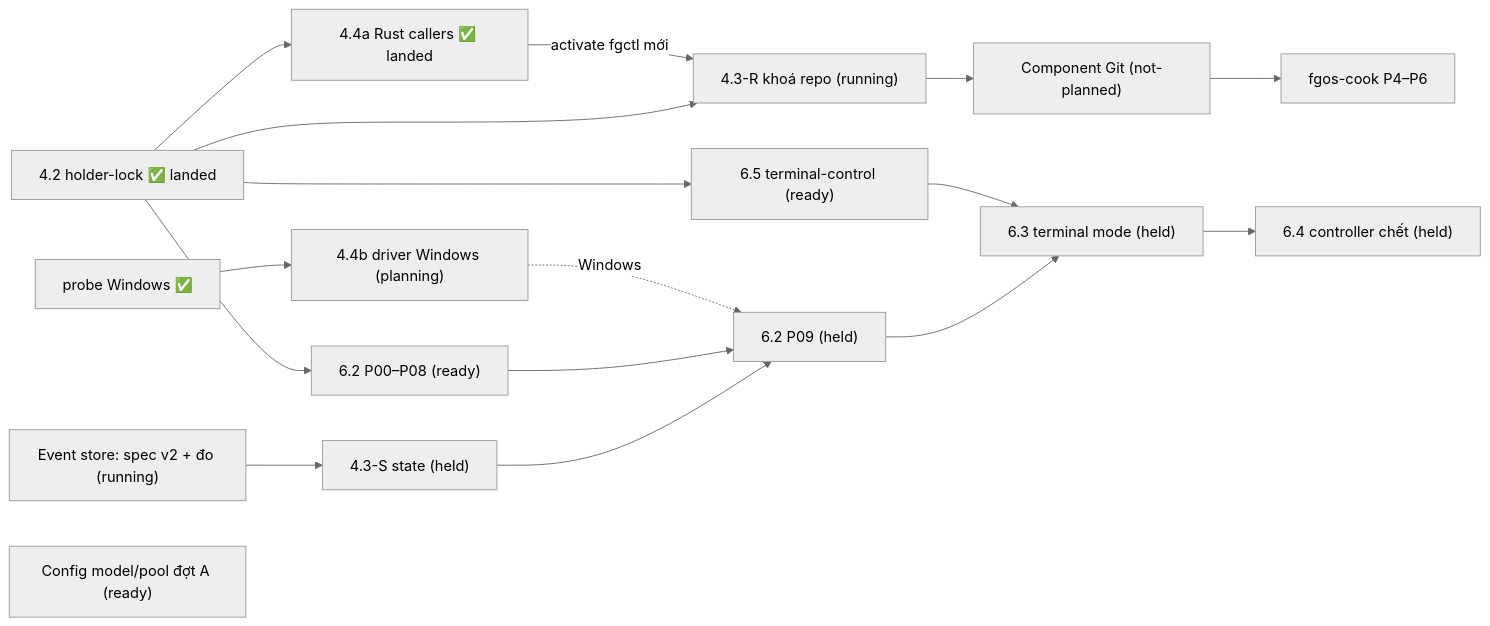
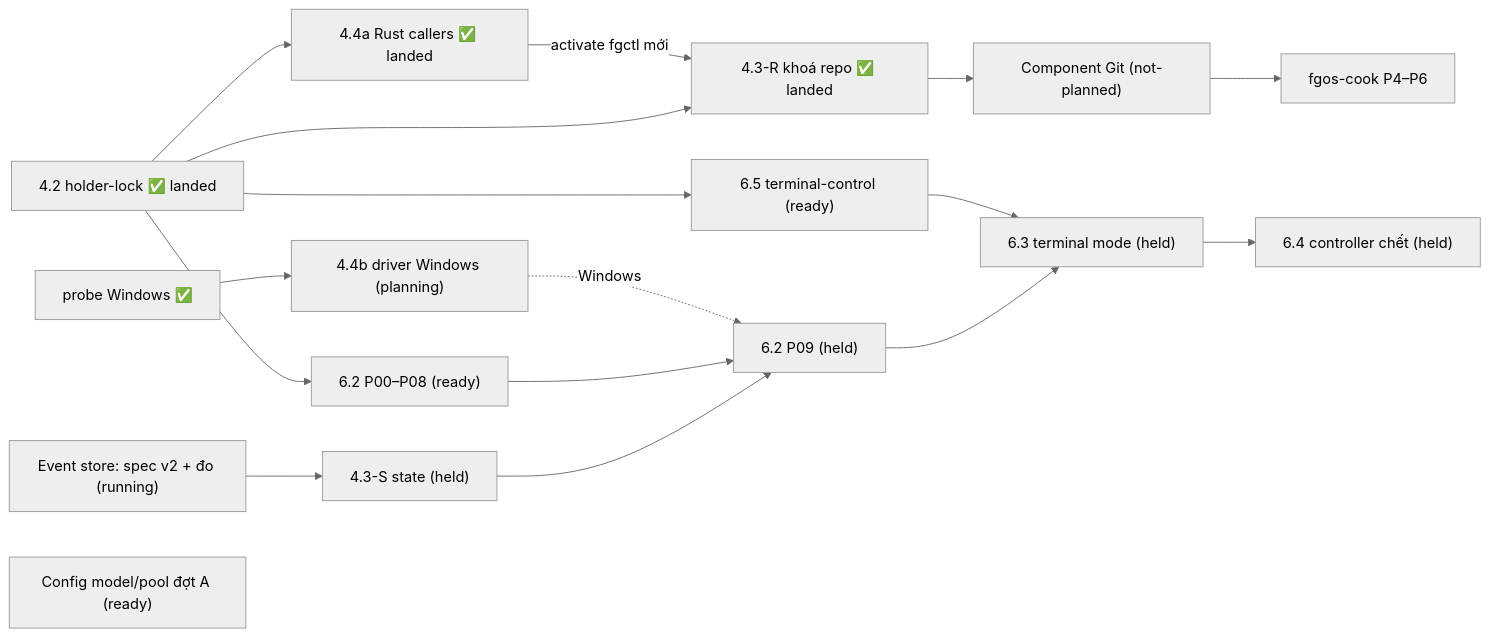
One commit to vantt/forgent changed the diagram in plans/261017-1313-fgos-platform-program-board/plan.md. Above: the diagram before and after it, drawn with Mermaid (neutral theme). The commit also changed other lines of this file and 1 other file, not shown here.

Commit message:
docs(report): record the main door repo-lock landing and mark it landed on the program board

````diff
--- a/plans/261017-1313-fgos-platform-program-board/plan.md
+++ b/plans/261017-1313-fgos-platform-program-board/plan.md
@@ -53,19 +53,19 @@
 ```mermaid
 flowchart LR
   L42["4.2 holder-lock ✅ landed"] --> L44a["4.4a Rust callers ✅ landed"]
-  L42 --> L43R["4.3-R khoá repo (running)"]
+  L42 --> L43R["4.3-R khoá repo ✅ landed"]
   L42 --> L65["6.5 terminal-control (ready)"]
   L42 --> L62a["6.2 P00–P08 (ready)"]
   L44a -->|activate fgctl mới| L43R
   ES["Event store: spec v2 + đo (running)"] --> L43S["4.3-S state (held)"]
   L43S --> L62b["6.2 P09 (held)"]
   L62a --> L62b
   L62b --> L63["6.3 terminal mode (held)"]
   L65 --> L63
   L63 --> L64["6.4 controller chết (held)"]
   PROBE["probe Windows ✅"] --> L44b["4.4b driver Windows (planning)"]
   L44b -.Windows.-> L62b
   L43R --> GIT["Component Git (not-planned)"]
   GIT --> COOK["fgos-cook P4–P6"]
   MPA["Config model/pool đợt A (ready)"]
 ```
````
